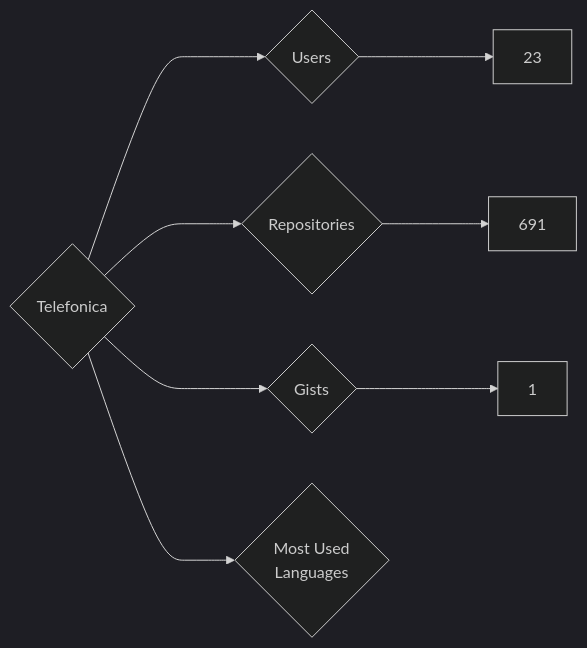
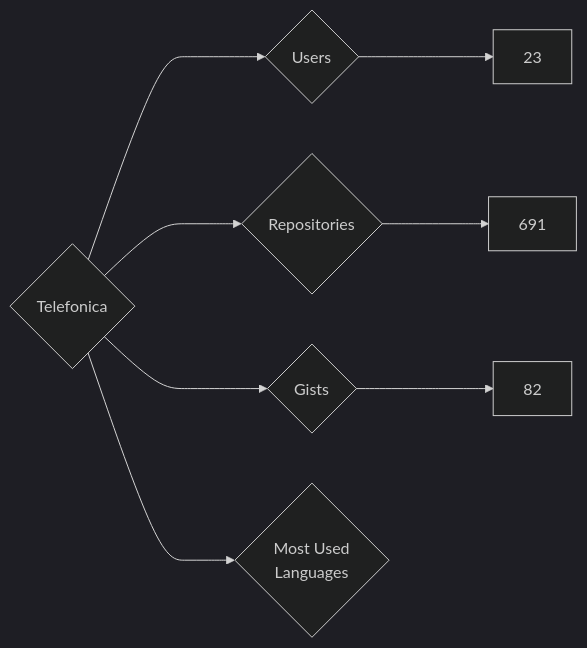
One commit to nenadzaric/insiders changed the diagram in targets/Telefonica/README.md. Above: the diagram before and after it, drawn with Mermaid (dark theme). The commit also changed 1342 other files, not shown here.

````diff
--- a/targets/Telefonica/README.md
+++ b/targets/Telefonica/README.md
@@ -3,8 +3,8 @@
 ```mermaid
 graph LR
 COMPANY_NAME{Telefonica}
 COMPANY_NAME ---> U{Users} ---> UN[23]
 COMPANY_NAME ---> R{Repositories} ---> RN[691]
-COMPANY_NAME ---> G{Gists} ---> GN[1]
+COMPANY_NAME ---> G{Gists} ---> GN[82]
 COMPANY_NAME ---> ML{Most Used<br>Languages}
 ```
````
